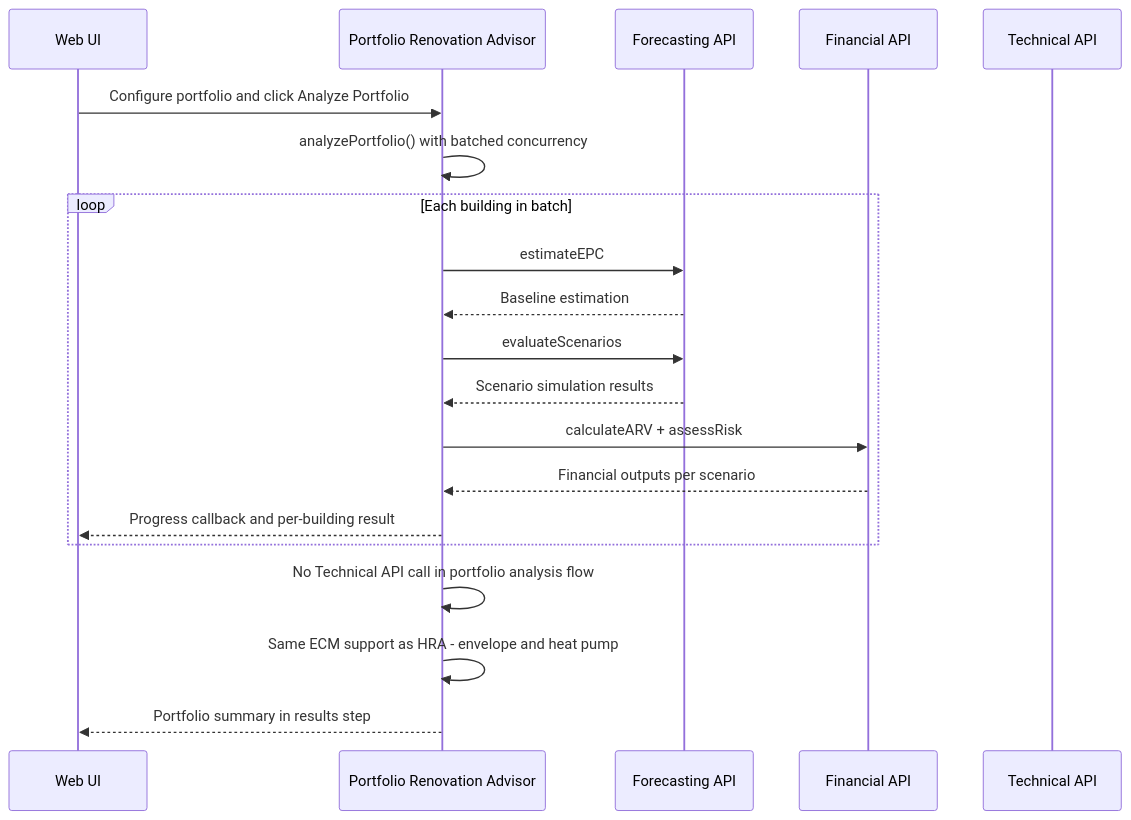
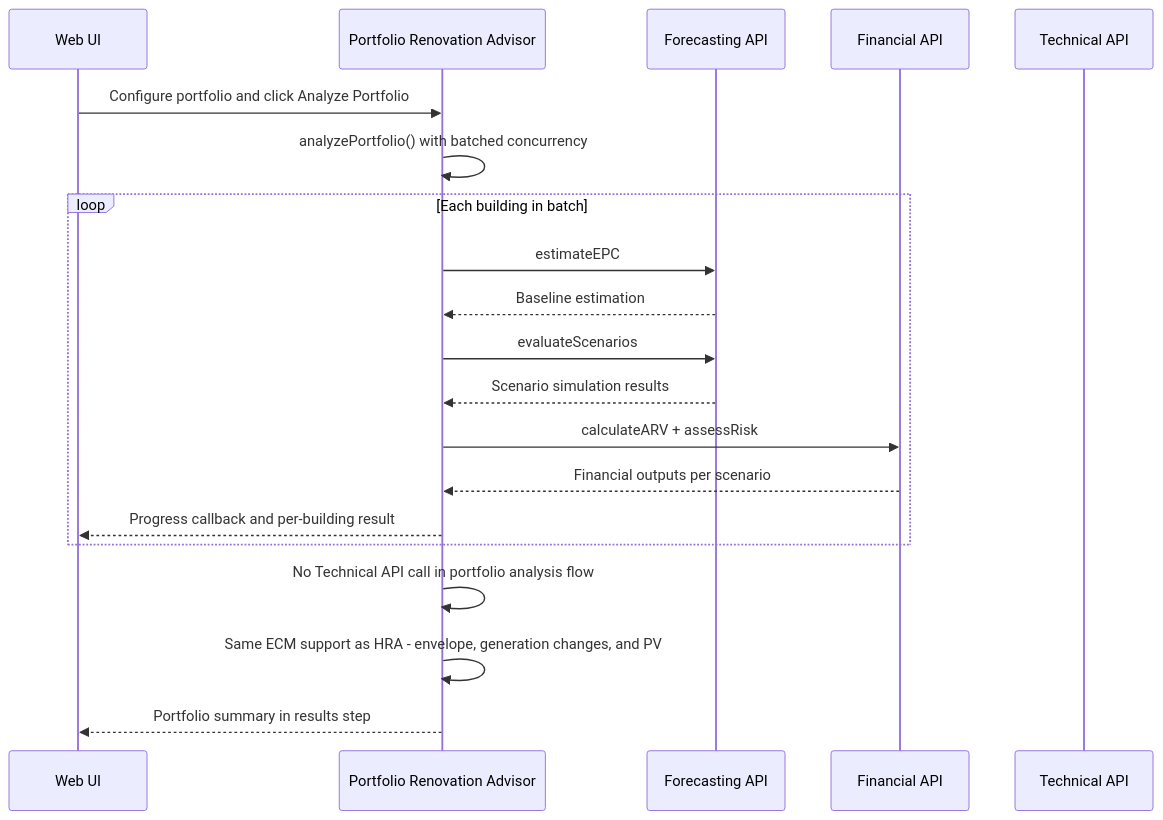
The third of 6 diagrams in README.md (ReLIFE-Project-EU/relife-web-ui), drawn with Mermaid before and after one commit. The commit also changed other lines of this file, not shown here.

Commit message:
📝 Update renovation architecture docs

````diff
--- a/README.md
+++ b/README.md
@@ -136,23 +136,23 @@
 ```mermaid
 sequenceDiagram
     participant UI as Web UI
     participant PRA as Portfolio Renovation Advisor
     participant FCAST as Forecasting API
     participant FIN as Financial API
     participant TECH as Technical API
 
     UI->>PRA: Configure portfolio and click Analyze Portfolio
     PRA->>PRA: analyzePortfolio() with batched concurrency
     loop Each building in batch
       PRA->>FCAST: estimateEPC
       FCAST-->>PRA: Baseline estimation
       PRA->>FCAST: evaluateScenarios
       FCAST-->>PRA: Scenario simulation results
       PRA->>FIN: calculateARV + assessRisk
       FIN-->>PRA: Financial outputs per scenario
       PRA-->>UI: Progress callback and per-building result
     end
     PRA->>PRA: No Technical API call in portfolio analysis flow
-    PRA->>PRA: Same ECM support as HRA - envelope and heat pump
+    PRA->>PRA: Same ECM support as HRA - envelope, generation changes, and PV
     PRA-->>UI: Portfolio summary in results step
 ```
````
